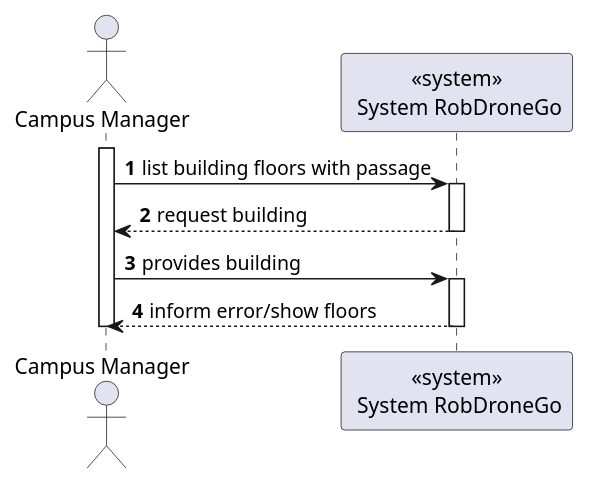
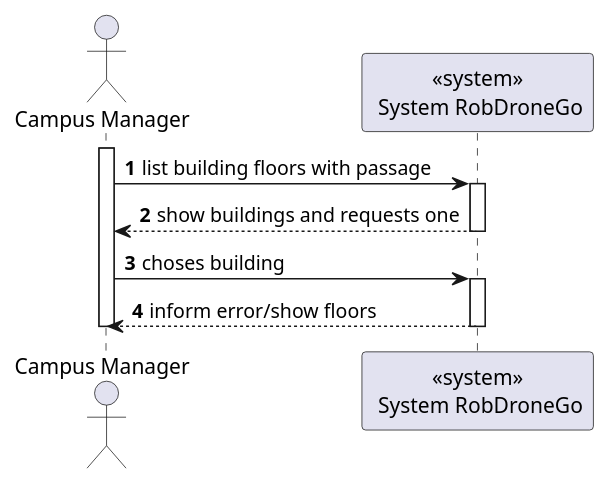
The diagram in docs/us1200/level1/process-view.puml (Departamento-de-Engenharia-Informatica/lapr5-23-24-g19), drawn with PlantUML before and after one commit. The commit also changed 3 other files, not shown here.

```diff
--- a/docs/us1200/level1/process-view.puml
+++ b/docs/us1200/level1/process-view.puml
@@ -1,20 +1,20 @@
 @startuml
 autonumber
 
 actor "Campus Manager" as usr
 
 participant "<<system>>\n System RobDroneGo" as sys
 
 activate usr
     usr -> sys : list building floors with passage
     activate sys
-        sys --> usr : request building
+        sys --> usr : show buildings and requests one
     deactivate sys
 
-    usr -> sys : provides building
+    usr -> sys : choses building
     activate sys
         sys --> usr : inform error/show floors
     deactivate sys
 deactivate usr
 
 @enduml
```
